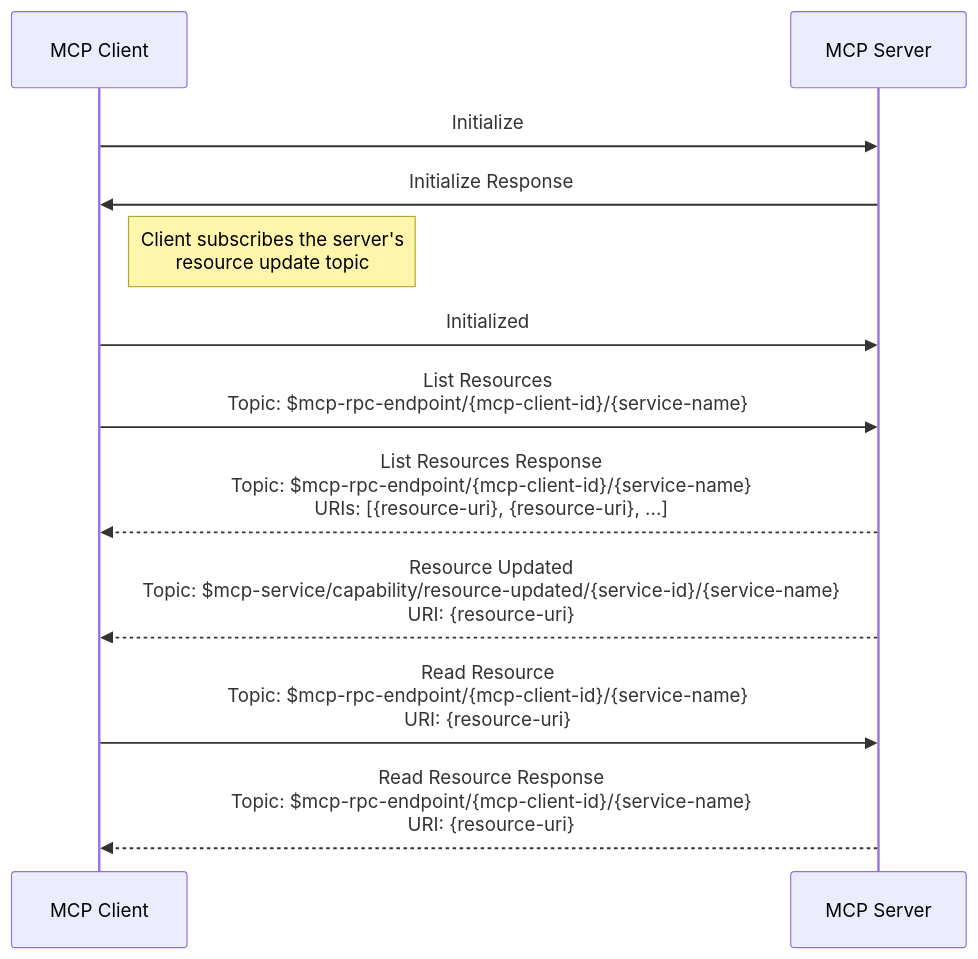
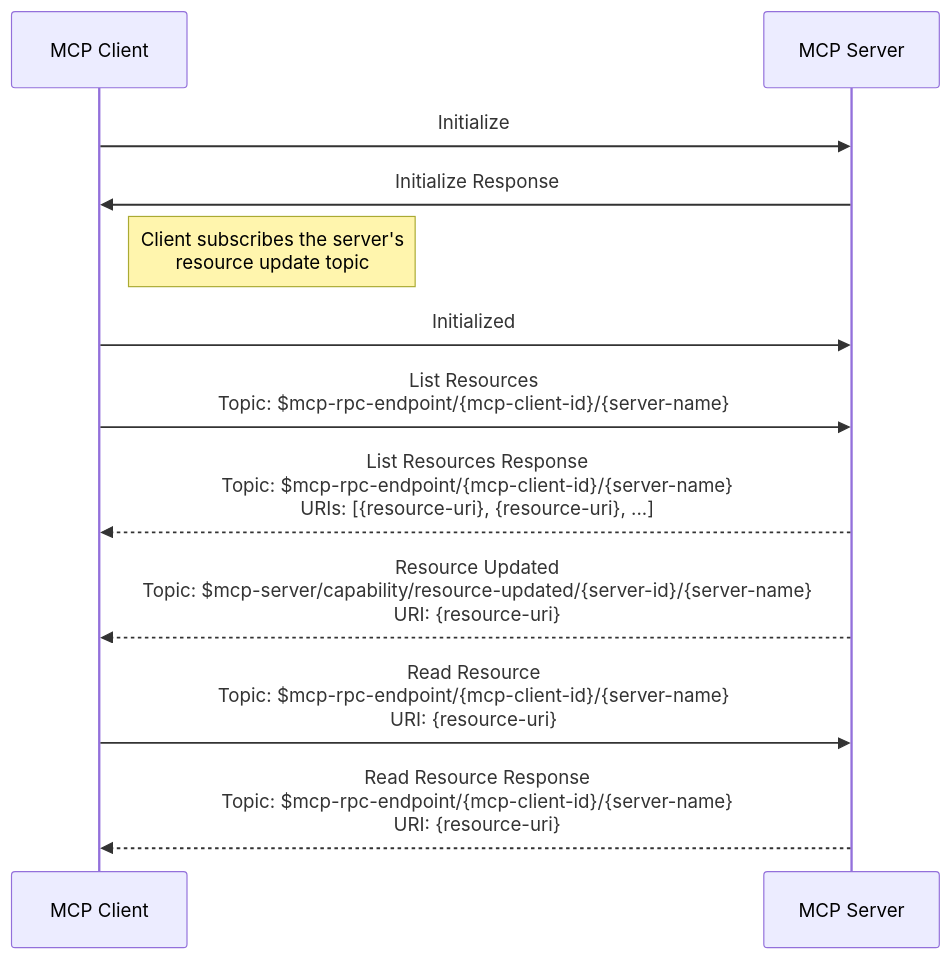
One commit to xiaokunzhang/mcp-over-mqtt-site changed the fourth of 4 diagrams in mcp/specification/2025-03-26/basic/mqtt_transport.md. Above: the diagram before and after it, drawn with Mermaid. The commit also changed other lines of this file and 1 other file, not shown here.

Commit message:
rename service to server

````diff
--- a/mcp/specification/2025-03-26/basic/mqtt_transport.md
+++ b/mcp/specification/2025-03-26/basic/mqtt_transport.md
@@ -337,21 +337,21 @@
 ```mermaid
 
 sequenceDiagram
     participant MCP_Client as MCP Client
     participant MCP_Server as MCP Server
 
     MCP_Client ->> MCP_Server: Initialize
     MCP_Server ->> MCP_Client: Initialize Response
     Note right of MCP_Client: Client subscribes the server's<br/>resource update topic
     MCP_Client ->> MCP_Server: Initialized
 
-    MCP_Client ->> MCP_Server: List Resources<br/>Topic: $mcp-rpc-endpoint/{mcp-client-id}/{service-name}
+    MCP_Client ->> MCP_Server: List Resources<br/>Topic: $mcp-rpc-endpoint/{mcp-client-id}/{server-name}
 
-    MCP_Server -->> MCP_Client: List Resources Response<br/>Topic: $mcp-rpc-endpoint/{mcp-client-id}/{service-name}<br/>URIs: [{resource-uri}, {resource-uri}, ...]
+    MCP_Server -->> MCP_Client: List Resources Response<br/>Topic: $mcp-rpc-endpoint/{mcp-client-id}/{server-name}<br/>URIs: [{resource-uri}, {resource-uri}, ...]
 
-    MCP_Server -->> MCP_Client: Resource Updated<br/>Topic: $mcp-service/capability/resource-updated/{service-id}/{service-name}<br/>URI: {resource-uri}
+    MCP_Server -->> MCP_Client: Resource Updated<br/>Topic: $mcp-server/capability/resource-updated/{server-id}/{server-name}<br/>URI: {resource-uri}
 
-    MCP_Client ->> MCP_Server: Read Resource<br/>Topic: $mcp-rpc-endpoint/{mcp-client-id}/{service-name}<br/>URI: {resource-uri}
+    MCP_Client ->> MCP_Server: Read Resource<br/>Topic: $mcp-rpc-endpoint/{mcp-client-id}/{server-name}<br/>URI: {resource-uri}
 
-    MCP_Server -->> MCP_Client: Read Resource Response<br/>Topic: $mcp-rpc-endpoint/{mcp-client-id}/{service-name}<br/>URI: {resource-uri}
+    MCP_Server -->> MCP_Client: Read Resource Response<br/>Topic: $mcp-rpc-endpoint/{mcp-client-id}/{server-name}<br/>URI: {resource-uri}
 ```
````
